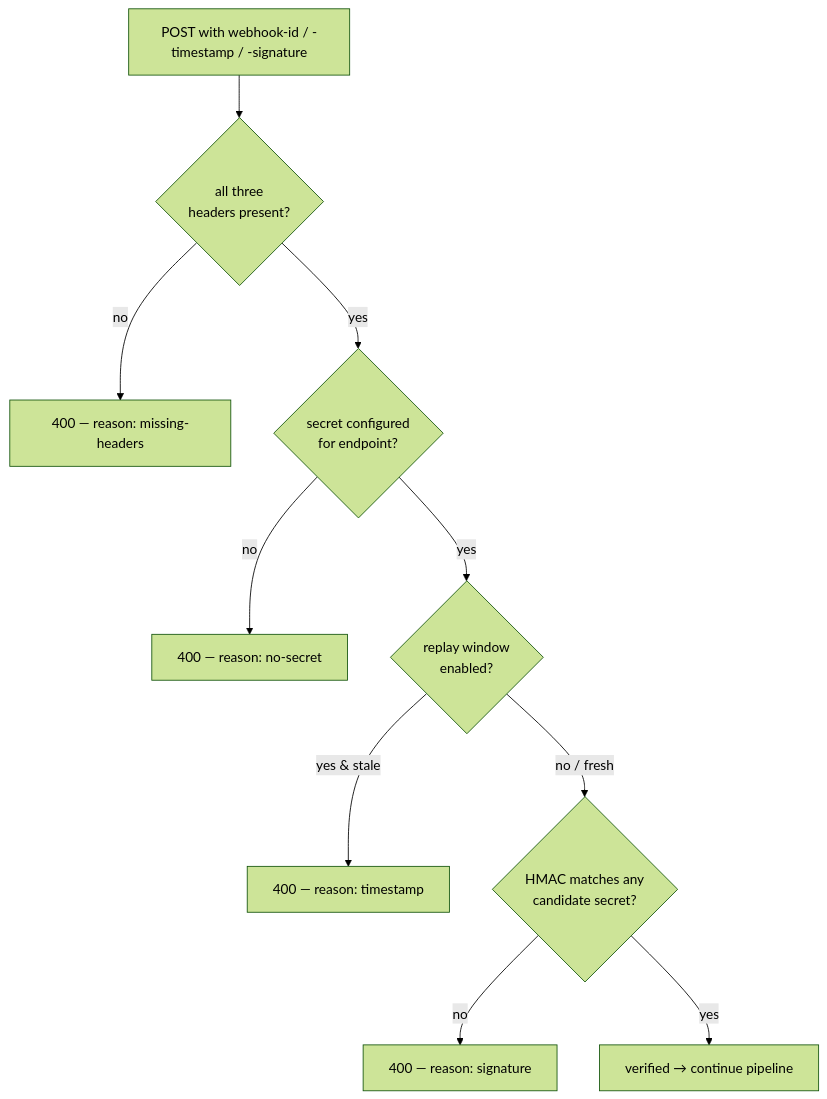
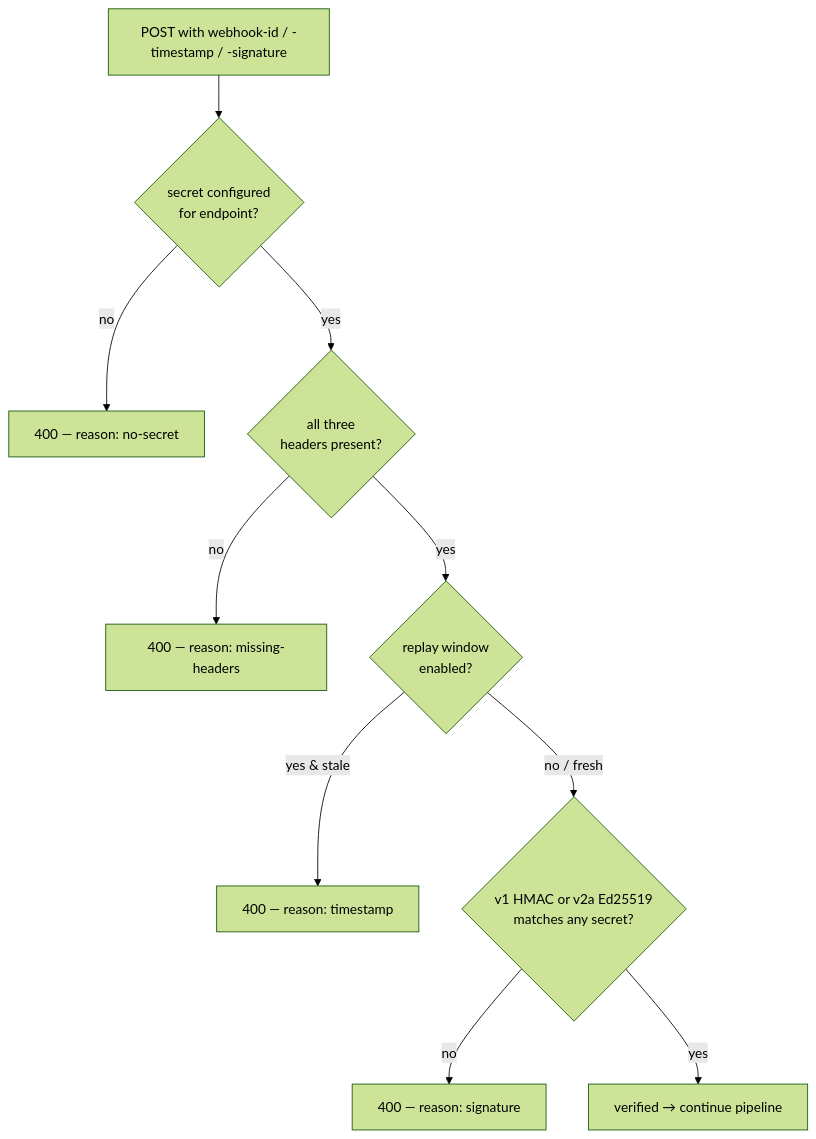
One commit to jinternals/webhooks changed the first of 6 diagrams in docs/guides/verification-and-security.md. Above: the diagram before and after it, drawn with Mermaid (forest theme). The commit also changed other lines of this file and 13 other files, not shown here.

Commit message:
Fix documentation discrepancies, Mermaid syntax, and CI/Dependabot coverage

````diff
--- a/docs/guides/verification-and-security.md
+++ b/docs/guides/verification-and-security.md
@@ -25,12 +25,12 @@
 ```mermaid
 flowchart TD
-    In["POST with webhook-id / -timestamp / -signature"] --> H{"all three<br/>headers present?"}
+    In["POST with webhook-id / -timestamp / -signature"] --> S{"secret configured<br/>for endpoint?"}
+    S -- no --> R2["400 — reason: no-secret"]
+    S -- yes --> H{"all three<br/>headers present?"}
     H -- no --> R1["400 — reason: missing-headers"]
-    H -- yes --> S{"secret configured<br/>for endpoint?"}
-    S -- no --> R2["400 — reason: no-secret"]
-    S -- yes --> T{"replay window<br/>enabled?"}
+    H -- yes --> T{"replay window<br/>enabled?"}
     T -- "yes & stale" --> R3["400 — reason: timestamp"]
-    T -- "no / fresh" --> V{"HMAC matches any<br/>candidate secret?"}
+    T -- "no / fresh" --> V{"v1 HMAC or v2a Ed25519<br/>matches any secret?"}
     V -- no --> R4["400 — reason: signature"]
     V -- yes --> OK["verified → continue pipeline"]
 ```
````
